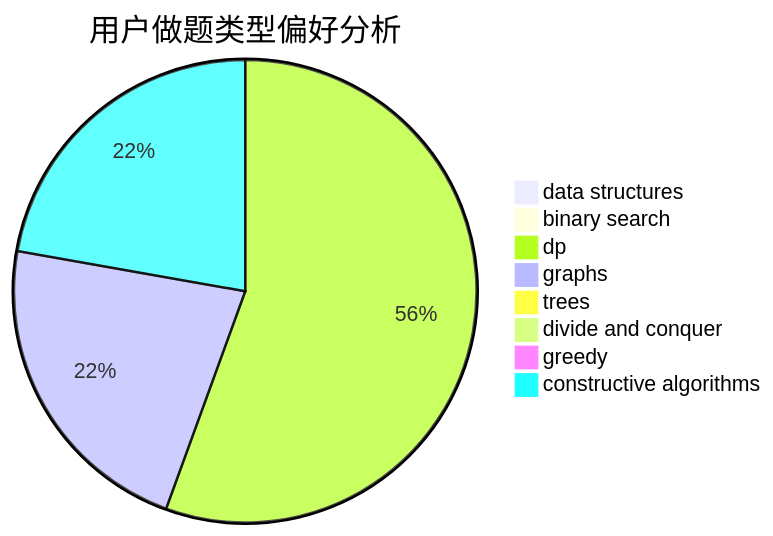
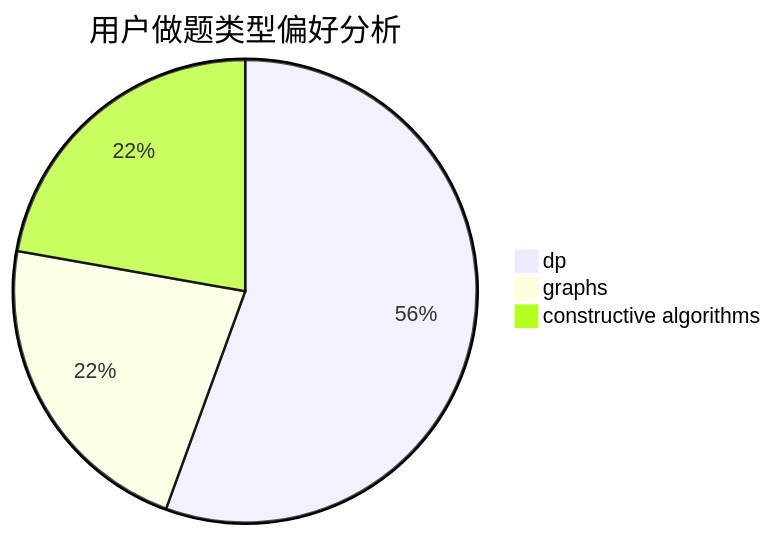
One commit to sherpahu/cfrs.github.io changed the second of 3 diagrams in docs/user/u172.md. Above: the diagram before and after it, drawn with Mermaid. The commit also changed other lines of this file and 2770 other files, not shown here.

````diff
--- a/docs/user/u172.md
+++ b/docs/user/u172.md
@@ -18,11 +15,6 @@
 ```mermaid
 pie title 用户做题类型偏好分析
-    "data structures" :  0
-    "binary search" :  0
     "dp" :  5
     "graphs" :  2
-    "trees" :  0
-    "divide and conquer" :  0
-    "greedy" :  0
     "constructive algorithms" :  2
 ```
````
